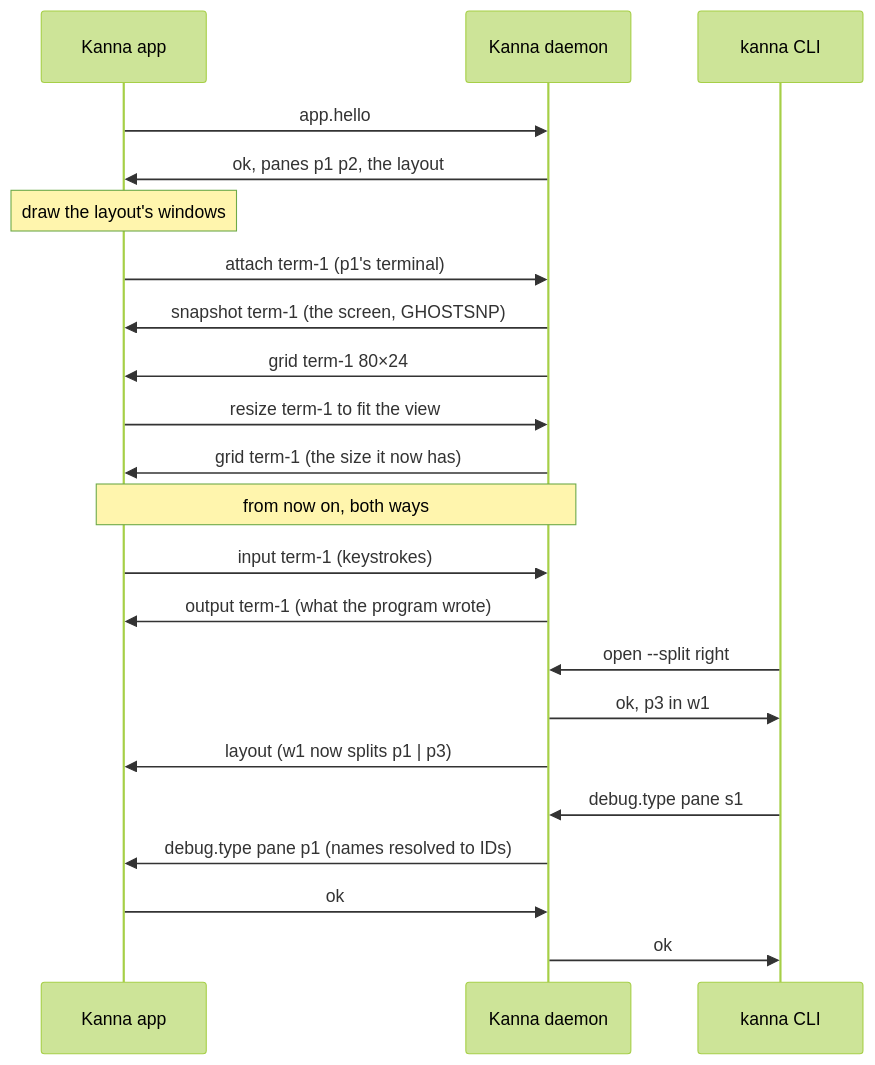
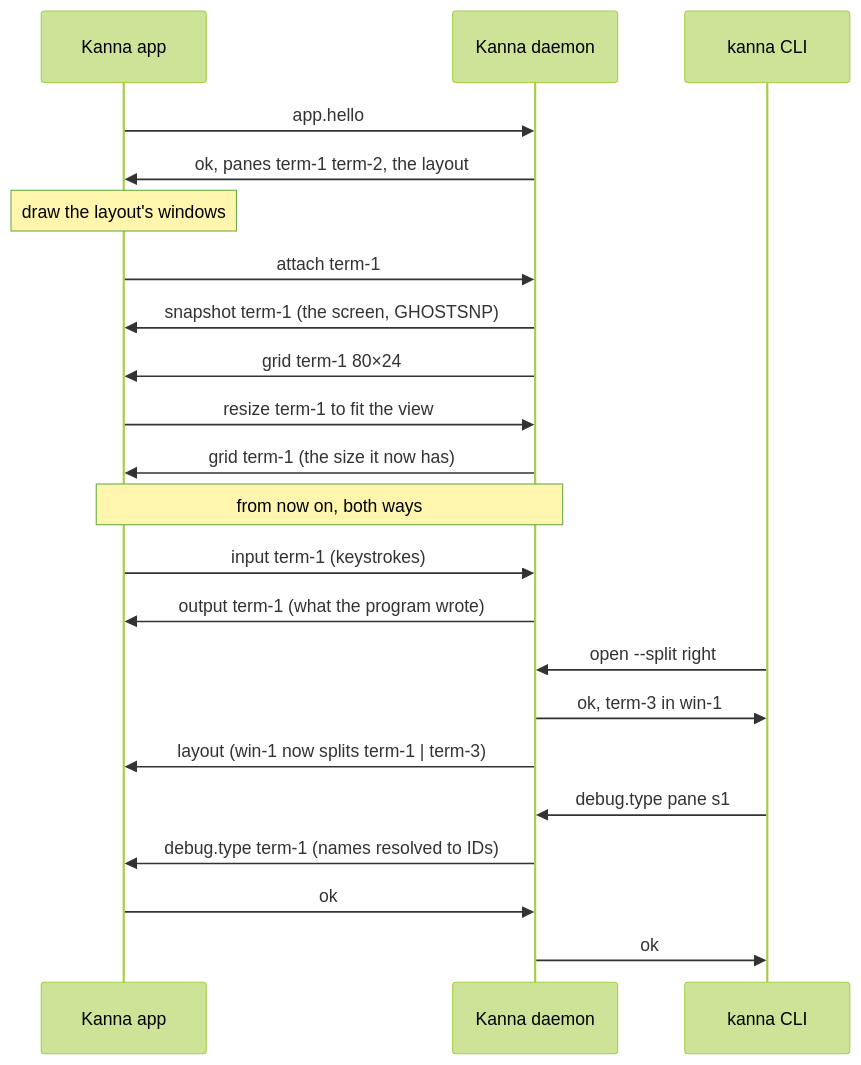
The diagram in docs/specs/app-link.md (tampopogk/kanna), drawn with Mermaid (forest theme) before and after one commit. The commit also changed 43 other files, not shown here.

````diff
--- a/docs/specs/app-link.md
+++ b/docs/specs/app-link.md
@@ -23,24 +23,24 @@
 ```mermaid
 sequenceDiagram
     participant A as Kanna app
     participant D as Kanna daemon
     participant C as kanna CLI
     A->>D: app.hello
-    D->>A: ok, panes p1 p2, the layout
+    D->>A: ok, panes term-1 term-2, the layout
     Note over A: draw the layout's windows
-    A->>D: attach term-1 (p1's terminal)
+    A->>D: attach term-1
     D->>A: snapshot term-1 (the screen, GHOSTSNP)
     D->>A: grid term-1 80×24
     A->>D: resize term-1 to fit the view
     D->>A: grid term-1 (the size it now has)
     Note over A,D: from now on, both ways
     A->>D: input term-1 (keystrokes)
     D->>A: output term-1 (what the program wrote)
     C->>D: open --split right
-    D->>C: ok, p3 in w1
-    D->>A: layout (w1 now splits p1 | p3)
+    D->>C: ok, term-3 in win-1
+    D->>A: layout (win-1 now splits term-1 | term-3)
     C->>D: debug.type pane s1
-    D->>A: debug.type pane p1 (names resolved to IDs)
+    D->>A: debug.type term-1 (names resolved to IDs)
     A->>D: ok
     D->>C: ok
 ```
````
